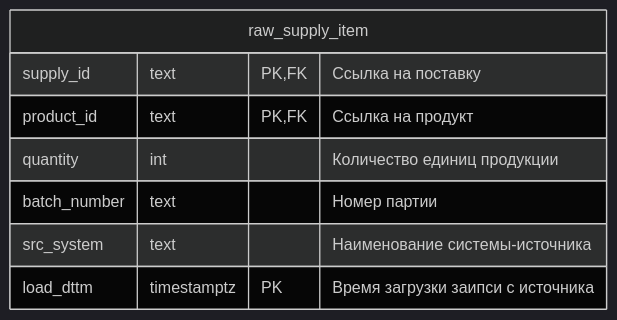
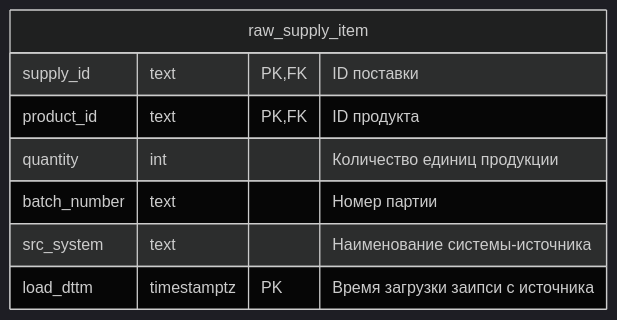
Before and after one commit to vgorbikov/dq-practice: the seventh of 12 diagrams in docs/db_schema/Сырые данные.md, drawn with Mermaid (dark theme). The commit also changed other lines of this file and 2 other files, not shown here.

Commit message:
fix db schema

````diff
--- a/docs/db_schema/Сырые данные.md
+++ b/docs/db_schema/Сырые данные.md
@@ -120,13 +120,13 @@
 ```mermaid
 erDiagram
 
 raw_supply_item {
-    supply_id text PK,FK "Ссылка на поставку"
-    product_id text PK,FK "Ссылка на продукт"
+    supply_id text PK,FK "ID поставки"
+    product_id text PK,FK "ID продукта"
     quantity int "Количество единиц продукции"
     batch_number text "Номер партии"
     src_system text "Наименование системы-источника"
     load_dttm timestamptz PK "Время загрузки заипси с источника"
 }
 
 ```
````
